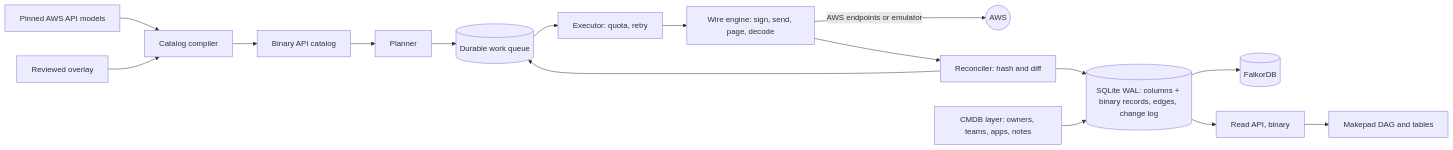
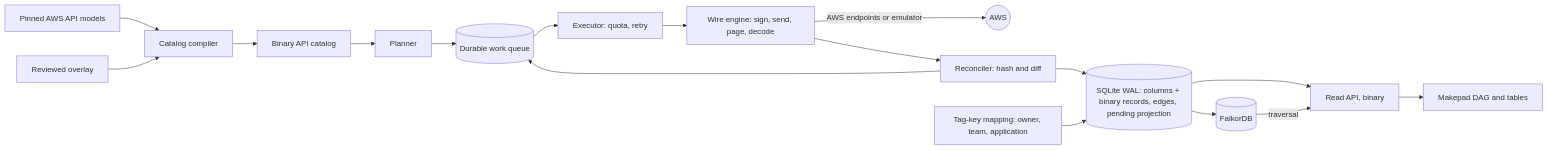
Before and after one commit to lprior-repo/aws-inventory-rust: the diagram in docs/VISION.md, drawn with Mermaid. The commit also changed other lines of this file and 5 other files, not shown here.

````diff
--- a/docs/VISION.md
+++ b/docs/VISION.md
@@ -115,18 +138,19 @@
 ```mermaid
 flowchart LR
     M[Pinned AWS API models] --> C[Catalog compiler]
     O[Reviewed overlay] --> C
     C --> K[Binary API catalog]
     K --> P[Planner]
     P --> Q[(Durable work queue)]
     Q --> X[Executor: quota, retry]
     X --> W[Wire engine: sign, send, page, decode]
     W -->|AWS endpoints or emulator| A((AWS))
     W --> R[Reconciler: hash and diff]
-    R --> S[(SQLite WAL: columns + binary records, edges, change log)]
+    R --> S[(SQLite WAL: columns + binary records, edges, pending projection)]
     R --> Q
     S --> G[(FalkorDB)]
     S --> I[Read API, binary]
-    L[CMDB layer: owners, teams, apps, notes] --> S
+    G -->|traversal| I
+    T[Tag-key mapping: owner, team, application] --> S
     I --> U[Makepad DAG and tables]
 ```
````
